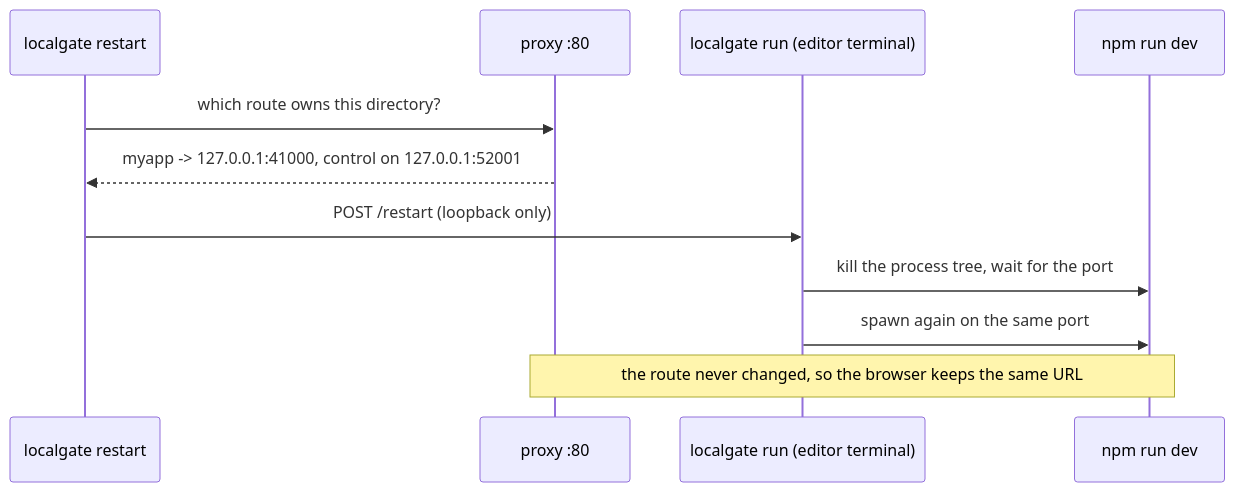
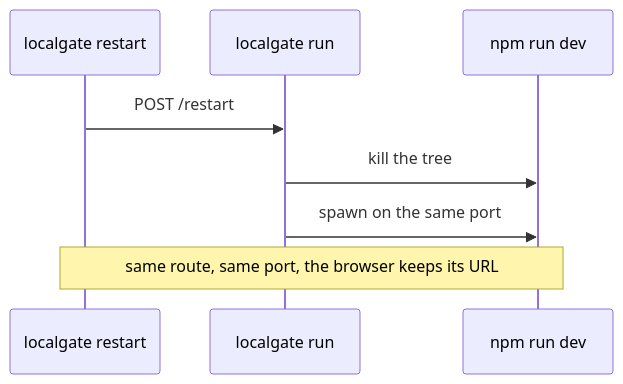
One commit to ludekvodicka/LocalGate changed the second of 2 diagrams in README.md. Above: the diagram before and after it, drawn with Mermaid. The commit also changed other lines of this file, not shown here.

First line of the commit message:
Narrow both README diagrams and drop the HTML line breaks GitHub does not render

````diff
--- a/README.md
+++ b/README.md
@@ -65,14 +62,11 @@
 ```mermaid
 sequenceDiagram
-    participant You as localgate restart
-    participant Proxy as proxy :80
-    participant Runner as localgate run (editor terminal)
+    participant Cli as localgate restart
+    participant Runner as localgate run
     participant Dev as npm run dev
 
-    You->>Proxy: which route owns this directory?
-    Proxy-->>You: myapp -> 127.0.0.1:41000, control on 127.0.0.1:52001
-    You->>Runner: POST /restart (loopback only)
-    Runner->>Dev: kill the process tree, wait for the port
-    Runner->>Dev: spawn again on the same port
-    Note over Proxy,Dev: the route never changed, so the browser keeps the same URL
+    Cli->>Runner: POST /restart
+    Runner->>Dev: kill the tree
+    Runner->>Dev: spawn on the same port
+    Note over Cli,Dev: same route, same port, the browser keeps its URL
 ```
````
